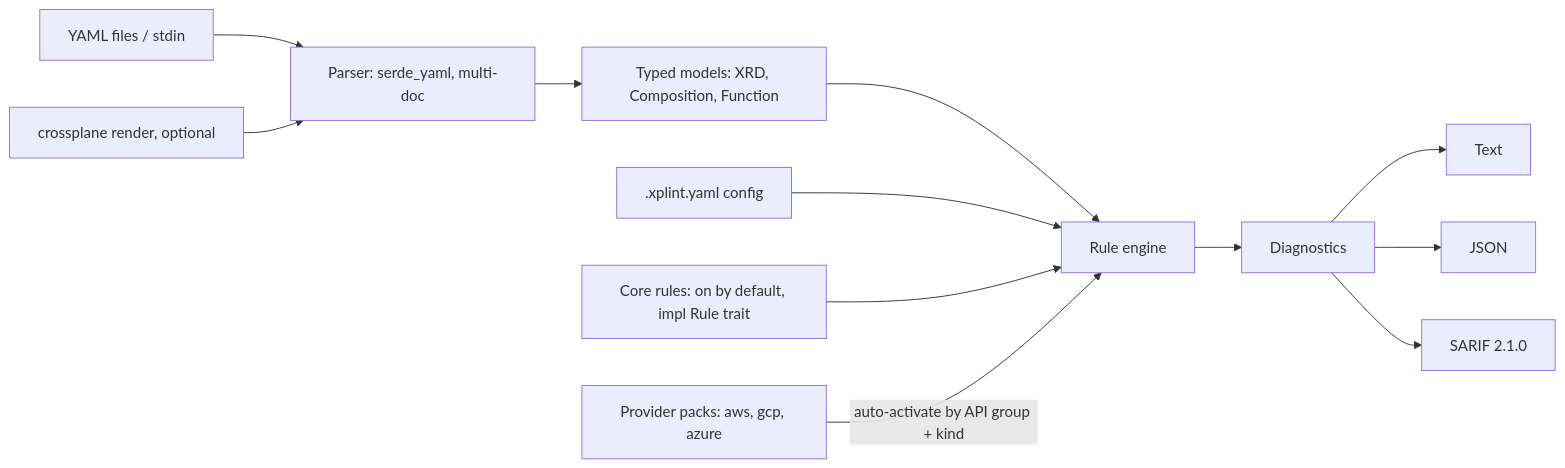
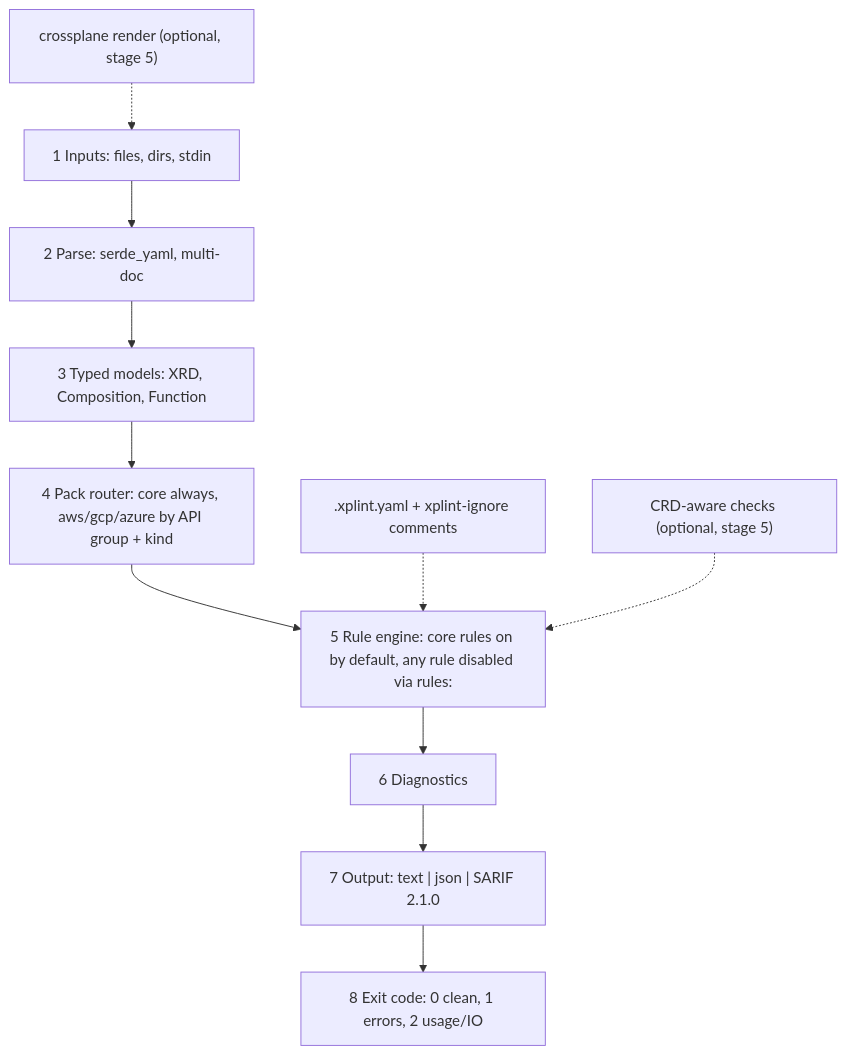
The diagram in docs/PLAN.md (miqui/xplint), drawn with Mermaid before and after one commit. The commit also changed other lines of this file and 2 other files, not shown here.

Commit message:
docs: redesign flow diagram as numbered 1-to-8 path

````diff
--- a/docs/PLAN.md
+++ b/docs/PLAN.md
@@ -9,14 +9,13 @@
 ```mermaid
-flowchart LR
-    F[YAML files / stdin] --> P[Parser: serde_yaml, multi-doc]
-    P --> M[Typed models: XRD, Composition, Function]
-    M --> E[Rule engine]
-    C[.xplint.yaml config] --> E
-    R[Core rules: on by default, impl Rule trait] --> E
-    K[Provider packs: aws, gcp, azure] -->|auto-activate by API group + kind| E
-    E --> D[Diagnostics]
-    D --> O1[Text]
-    D --> O2[JSON]
-    D --> O3[SARIF 2.1.0]
-    X[crossplane render, optional] --> P
+flowchart TD
+    S1["1 Inputs: files, dirs, stdin"] --> S2["2 Parse: serde_yaml, multi-doc"]
+    S2 --> S3["3 Typed models: XRD, Composition, Function"]
+    S3 --> S4["4 Pack router: core always, aws/gcp/azure by API group + kind"]
+    S4 --> S5["5 Rule engine: core rules on by default, any rule disabled via rules:"]
+    S5 --> S6["6 Diagnostics"]
+    S6 --> S7["7 Output: text | json | SARIF 2.1.0"]
+    S7 --> S8["8 Exit code: 0 clean, 1 errors, 2 usage/IO"]
+    CFG[".xplint.yaml + xplint-ignore comments"] -.-> S5
+    RND["crossplane render (optional, stage 5)"] -.-> S1
+    CRD["CRD-aware checks (optional, stage 5)"] -.-> S5
 ```
````
